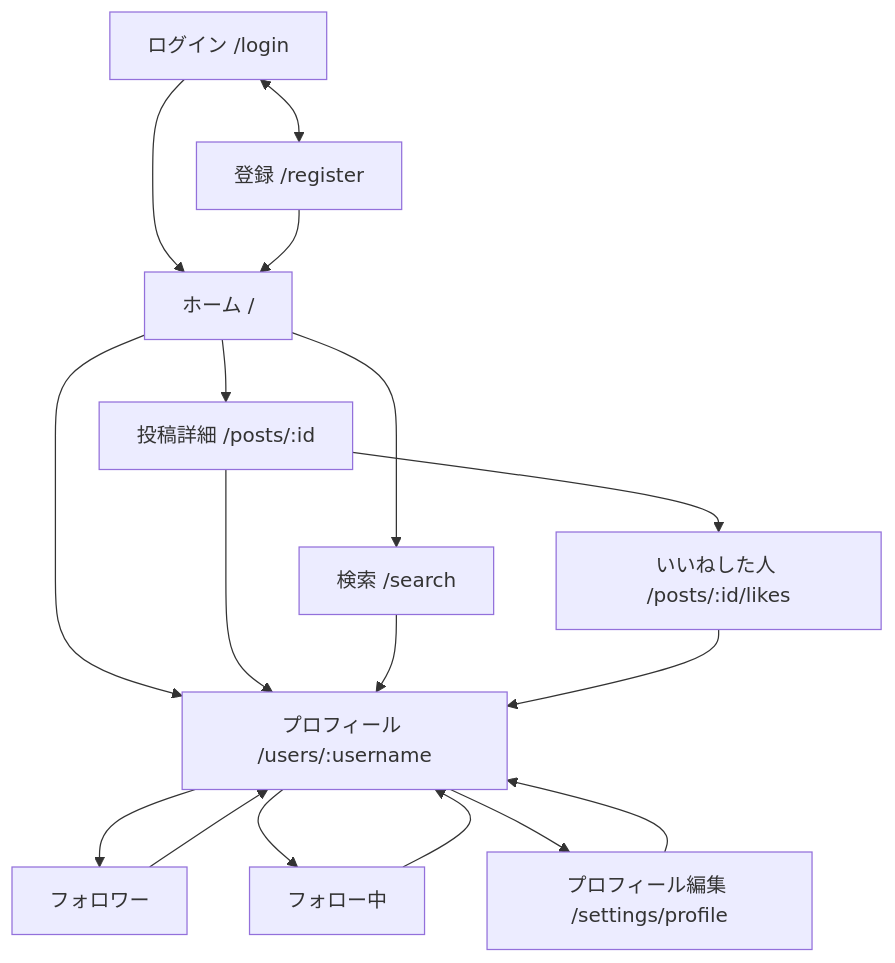
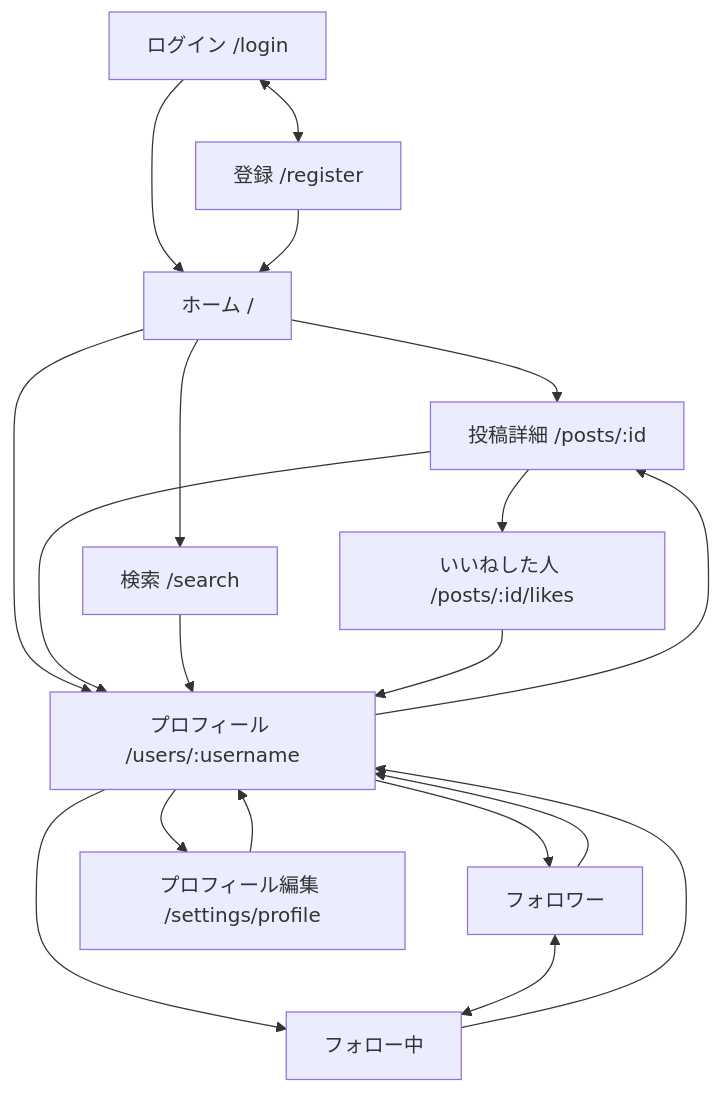
The diagram in docs/screen-design.md (tk-media-code/raise-timeline), drawn with Mermaid before and after one commit. The commit also changed other lines of this file and 16 other files, not shown here.

````diff
--- a/docs/screen-design.md
+++ b/docs/screen-design.md
@@ -29,19 +29,21 @@
 ```mermaid
 flowchart TD
     L["ログイン /login"] <--> R["登録 /register"]
     L --> H["ホーム /"]
     R --> H
     H --> D["投稿詳細 /posts/:id"]
     H --> P["プロフィール /users/:username"]
     H --> S["検索 /search"]
     D --> P
+    P --> D
     D --> LK["いいねした人 /posts/:id/likes"]
     P --> FW["フォロワー"]
     P --> FG["フォロー中"]
     P --> E["プロフィール編集 /settings/profile"]
     S --> P
     LK --> P
     FW --> P
     FG --> P
+    FW <--> FG
     E --> P
 ```
````
